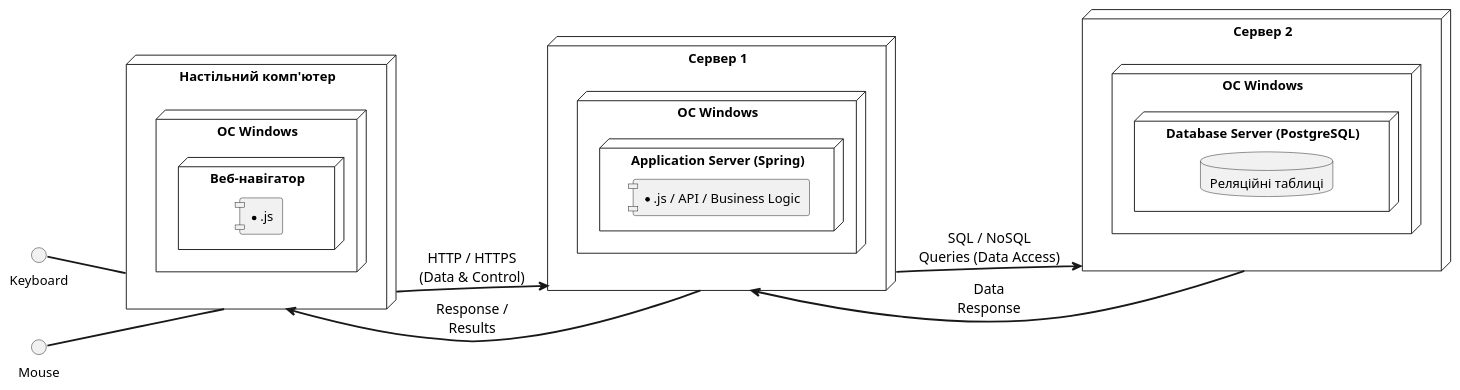
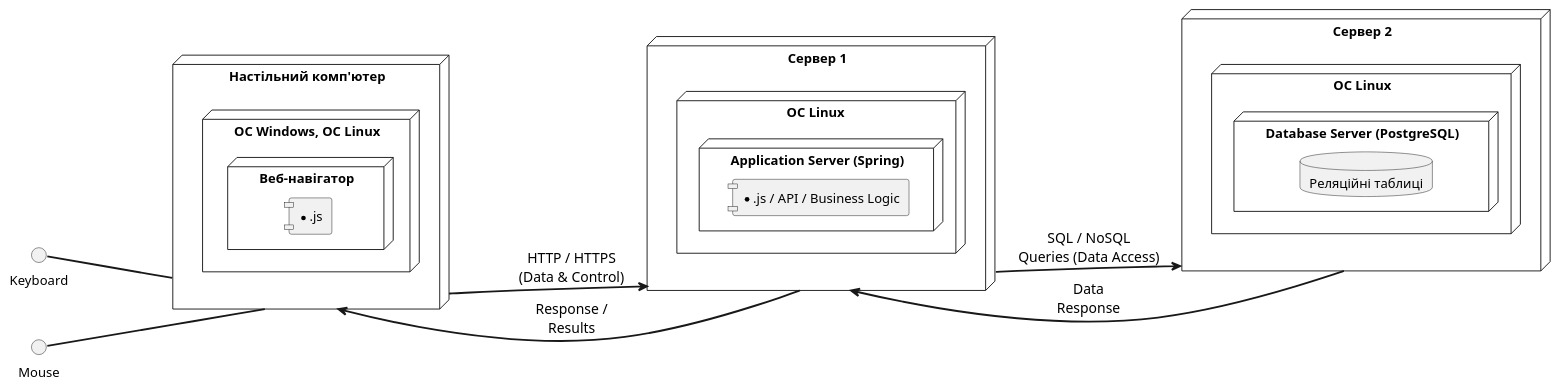
Before and after one commit to Liudmyla11/lab2: the diagram in UML-Deployment.puml, drawn with PlantUML.

```diff
--- a/UML-Deployment.puml
+++ b/UML-Deployment.puml
@@ -1,43 +1,43 @@
 @startuml
 left to right direction
 skinparam ArrowFontSize 15
 skinparam ArrowFontColor Black
 skinparam ArrowThickness 2
 skinparam componentStyle uml1
 
 node "Настільний комп'ютер" as Desktop {
-  node "OC Windows" as OS_Desktop {
+  node "OC Windows, ОС Linux" as OS_Desktop {
     node "Веб-навігатор" as Browser {
       component [*.js]
     }
   }
 }
 
 interface Keyboard 
 
 interface Mouse 
 
   Keyboard -- Desktop
   Mouse -- Desktop
 
 node "Сервер 1" as Server1 {
-  node "OC Windows" as OS_Server1 {
+  node "ОС Linux " as OS_Server1 {
     node "Application Server (Spring)" as AppServer {
        component [*.js / API / Business Logic]
     }
   }
 }
 
 node "Сервер 2" as Server2 {
-  node "OC Windows" as OS_Server2 {
+  node "ОС Linux" as OS_Server2 {
     node "Database Server (PostgreSQL)" as DBServer {
        database "Реляційні таблиці"
     }
   }
 }
 
 Desktop --> Server1 : HTTP / HTTPS\n(Data & Control)
 Server1 --> Server2 : SQL / NoSQL\nQueries (Data Access)
 Server2 --> Server1 : Data\nResponse
 Server1 --> Desktop : Response /\nResults
 @enduml
```
